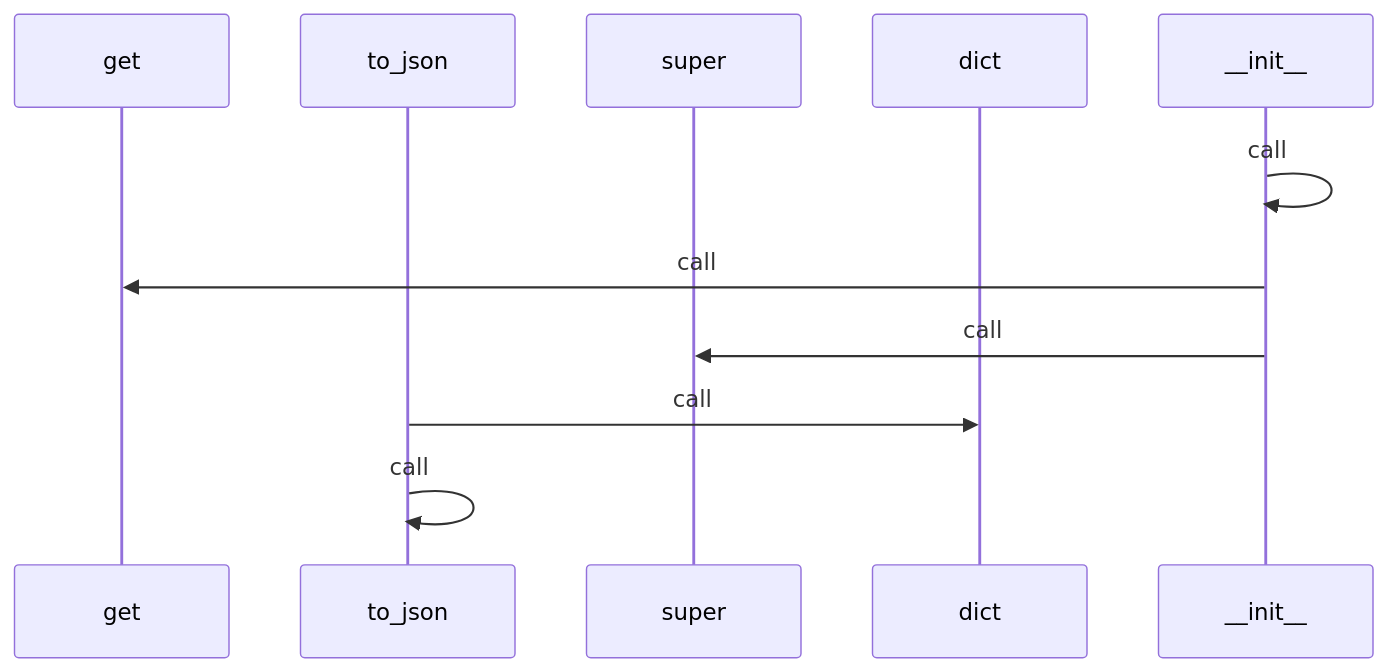
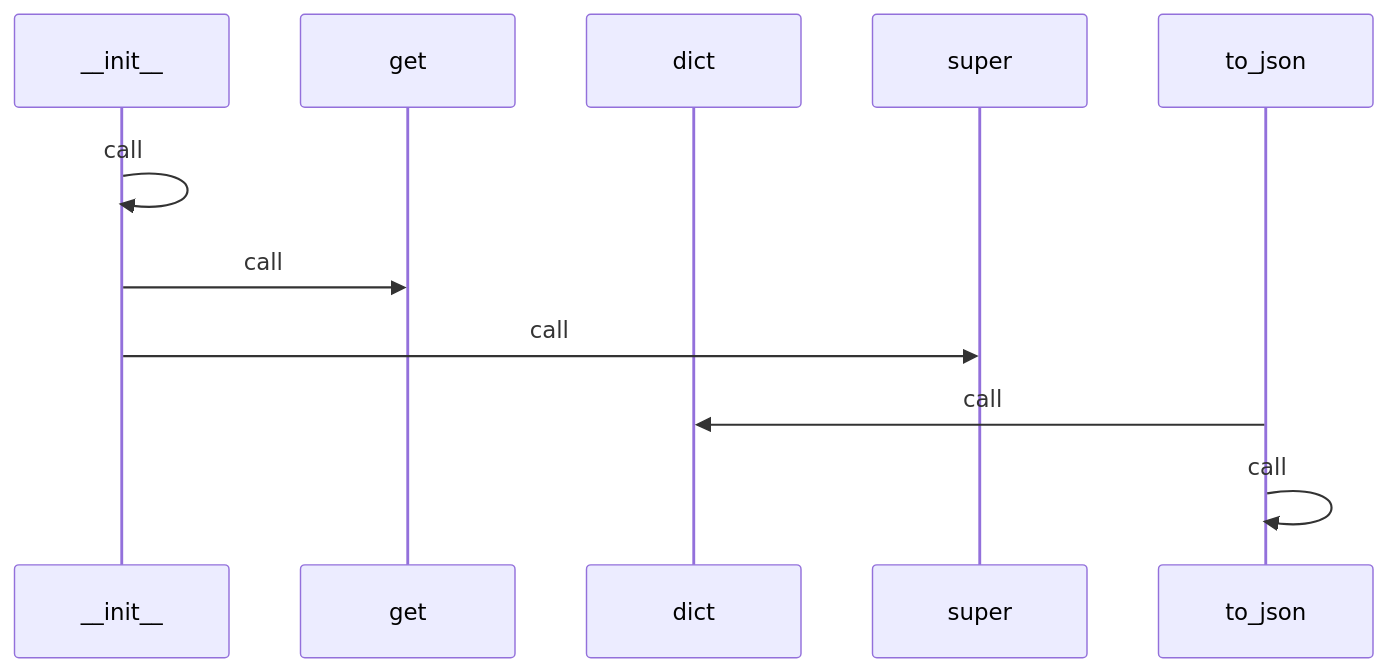
The third of 4 diagrams in generated_docs/rule_analyzer/models.md (yeonjae-personal/codemuse-backend), drawn with Mermaid before and after one commit. The commit also changed other lines of this file and 3378 other files, not shown here.

````diff
--- a/generated_docs/rule_analyzer/models.md
+++ b/generated_docs/rule_analyzer/models.md
@@ -810,13 +810,13 @@
 ```mermaid
 sequenceDiagram
+  participant __init__ as __init__
   participant get as get
+  participant dict as dict
+  participant super as super
   participant to_json as to_json
-  participant super as super
-  participant dict as dict
-  participant __init__ as __init__
   __init__->>__init__: call
   __init__->>get: call
   __init__->>super: call
   to_json->>dict: call
   to_json->>to_json: call
 ```
````
